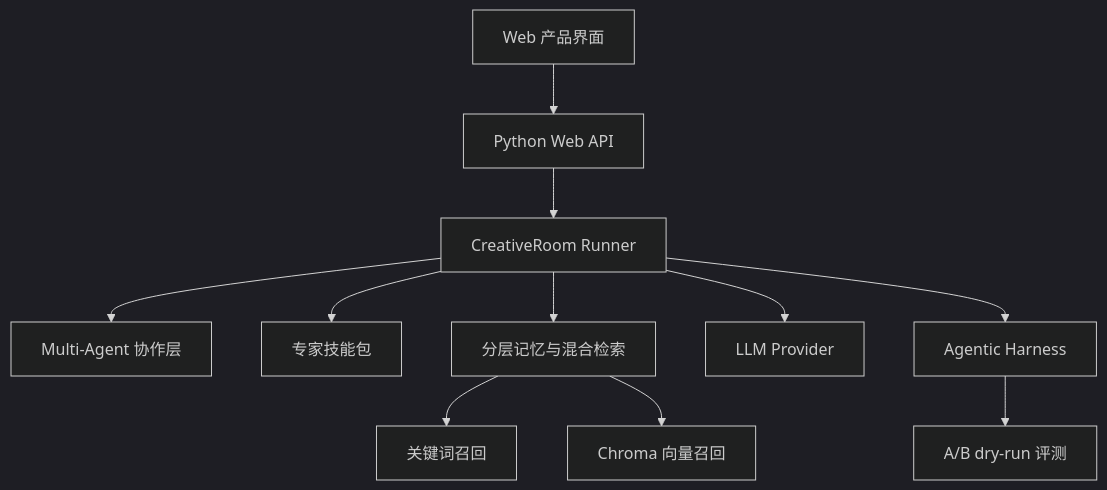
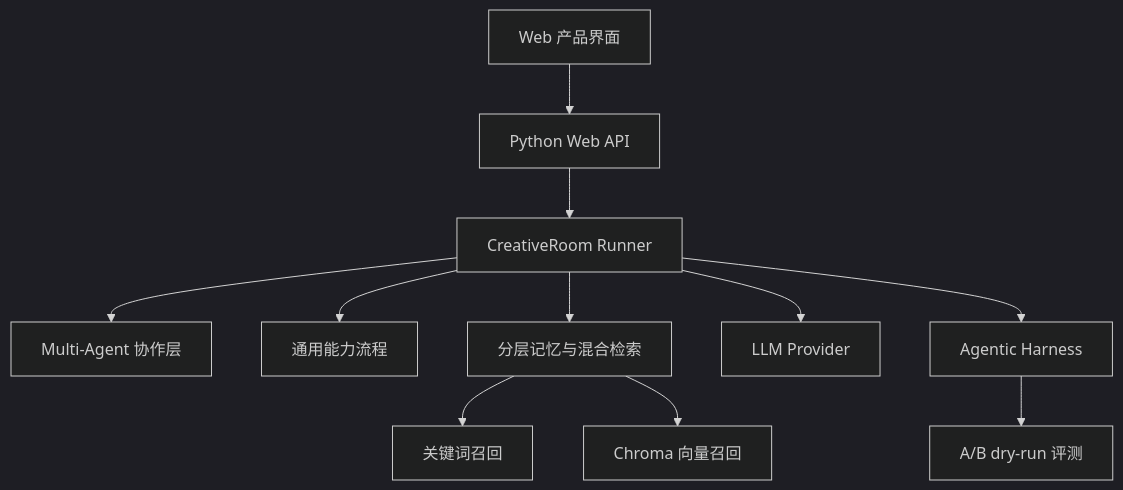
The second of 2 diagrams in README.md (yukaich1/EcRoom), drawn with Mermaid (dark theme) before and after one commit. The commit also changed other lines of this file and 66 other files, not shown here.

````diff
--- a/README.md
+++ b/README.md
@@ -38,15 +38,15 @@
 ```mermaid
 flowchart TB
   UI["Web 产品界面"] --> API["Python Web API"]
   API --> Room["CreativeRoom Runner"]
 
   Room --> Agents["Multi-Agent 协作层"]
-  Room --> Skills["专家技能包"]
+  Room --> Capabilities["通用能力流程"]
   Room --> Memory["分层记忆与混合检索"]
   Room --> LLM["LLM Provider"]
   Room --> Harness["Agentic Harness"]
 
   Memory --> Keyword["关键词召回"]
   Memory --> Vector["Chroma 向量召回"]
   Harness --> Eval["A/B dry-run 评测"]
 ```
````
